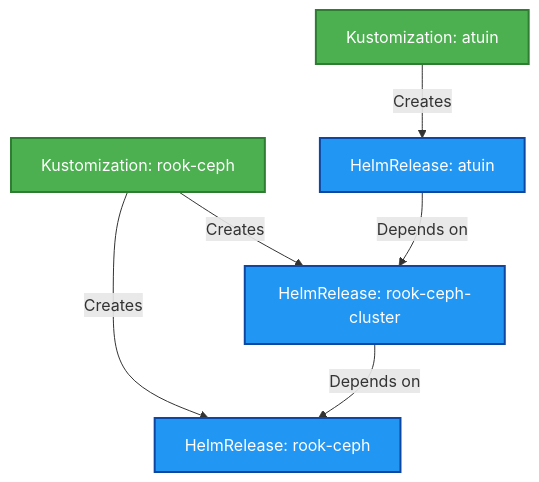
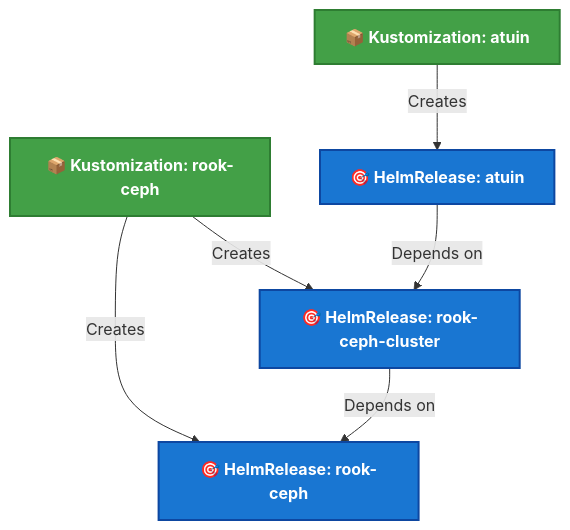
Before and after one commit to buroa/k8s-gitops: the diagram in README.md, drawn with Mermaid.

````diff
--- a/README.md
+++ b/README.md
@@ -92,11 +92,15 @@
 ```mermaid
 graph TD
-    A[Kustomization: rook-ceph]:::kustomize -->|Creates| B[HelmRelease: rook-ceph]:::helm
-    A -->|Creates| C[HelmRelease: rook-ceph-cluster]:::helm
+    A["📦 Kustomization: rook-ceph"]:::kustom -->|Creates| B["🎯 HelmRelease: rook-ceph"]:::helm
+    A -->|Creates| C["🎯 HelmRelease: rook-ceph-cluster"]:::helm
     C -->|Depends on| B
-    D[Kustomization: atuin]:::kustomize -->|Creates| E[HelmRelease: atuin]:::helm
+    D["📦 Kustomization: atuin"]:::kustom -->|Creates| E["🎯 HelmRelease: atuin"]:::helm
     E -->|Depends on| C
 
-    classDef kustomize fill:#4CAF50,stroke:#2E7D32,stroke-width:2px,color:#fff;
-    classDef helm fill:#2196F3,stroke:#0D47A1,stroke-width:2px,color:#fff;
+    classDef kustom fill:#4CAF50,stroke:#2E7D32,stroke-width:2px,color:#fff,font-weight:bold;
+    classDef helm fill:#2196F3,stroke:#0D47A1,stroke-width:2px,color:#fff,font-weight:bold;
+
+    %% Gradients (Mermaid doesn't support native gradients yet, so we mimic with softer colors)
+    classDef kustom fill:#43A047;
+    classDef helm fill:#1976D2;
 ```
````
